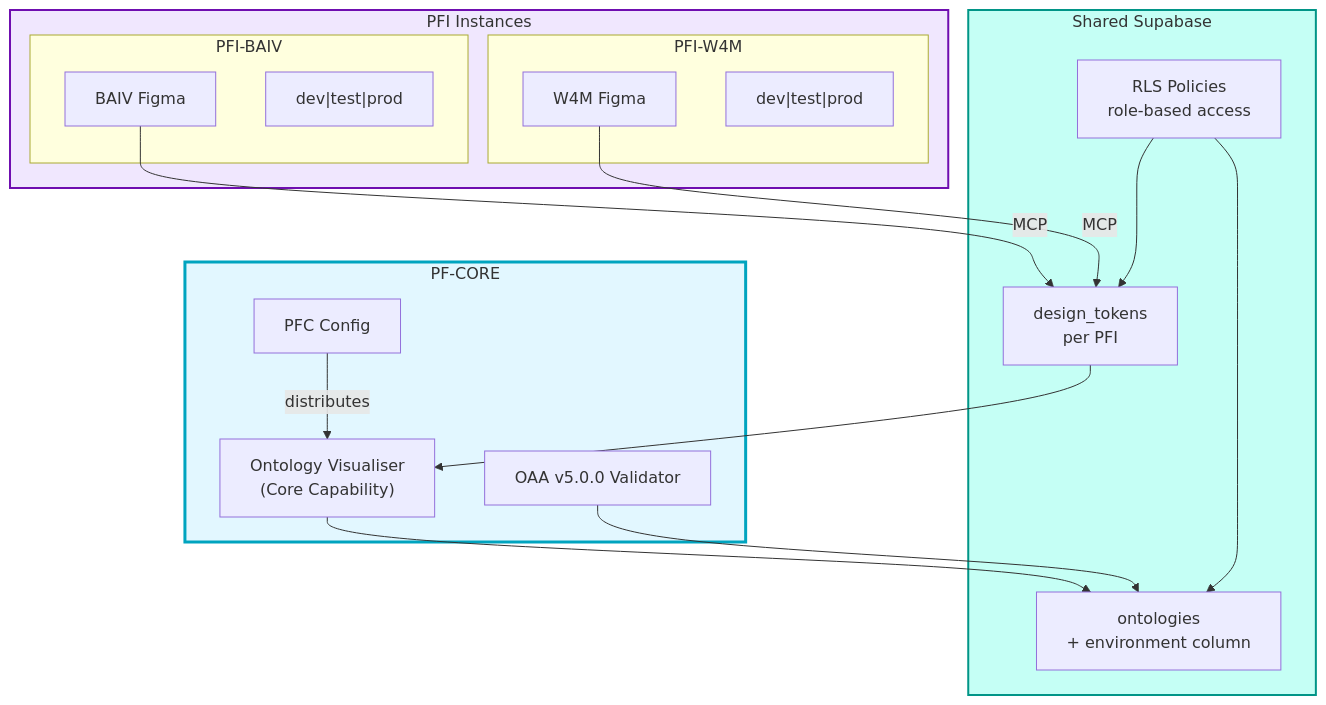
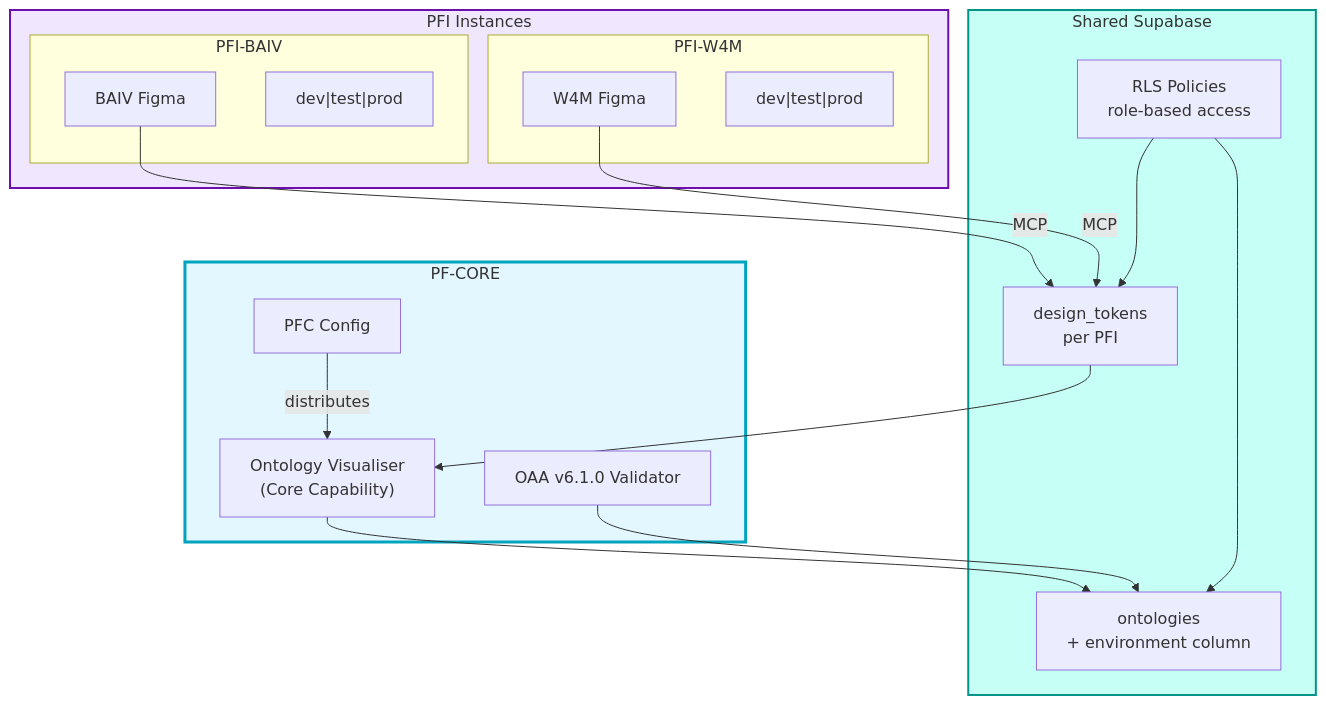
One commit to ajrmooreuk/Azlan-EA-AAA changed diagram 11 of 11 in PBS/TOOLS/ontology-visualiser/HLD-VISUALISER-ENHANCED-v1.0.0.md. Above: the diagram before and after it, drawn with Mermaid. The commit also changed other lines of this file and 4 other files, not shown here.

````diff
--- a/PBS/TOOLS/ontology-visualiser/HLD-VISUALISER-ENHANCED-v1.0.0.md
+++ b/PBS/TOOLS/ontology-visualiser/HLD-VISUALISER-ENHANCED-v1.0.0.md
@@ -704,38 +704,38 @@
 ```mermaid
 flowchart TB
     subgraph PFC["PF-CORE"]
         VIS["Ontology Visualiser<br/>(Core Capability)"]
-        VAL["OAA v5.0.0 Validator"]
+        VAL["OAA v6.1.0 Validator"]
         CONFIG["PFC Config"]
     end
 
     subgraph SUPABASE["Shared Supabase"]
         ONT["ontologies<br/>+ environment column"]
         TOKENS["design_tokens<br/>per PFI"]
         RBAC["RLS Policies<br/>role-based access"]
     end
 
     subgraph PFI_LAYER["PFI Instances"]
         subgraph BAIV["PFI-BAIV"]
             B_DS["BAIV Figma"]
             B_ENV["dev|test|prod"]
         end
         subgraph W4M["PFI-W4M"]
             W_DS["W4M Figma"]
             W_ENV["dev|test|prod"]
         end
     end
 
     CONFIG -->|"distributes"| VIS
     VIS --> ONT
     VAL --> ONT
     TOKENS --> VIS
     B_DS -->|"MCP"| TOKENS
     W_DS -->|"MCP"| TOKENS
     RBAC --> ONT
     RBAC --> TOKENS
 
     style PFC fill:#e2f7ff,stroke:#00a4bf,stroke-width:3px
     style SUPABASE fill:#c5fff5,stroke:#019587,stroke-width:2px
     style PFI_LAYER fill:#f0e7fe,stroke:#6f0eb0,stroke-width:2px
 ```
````
